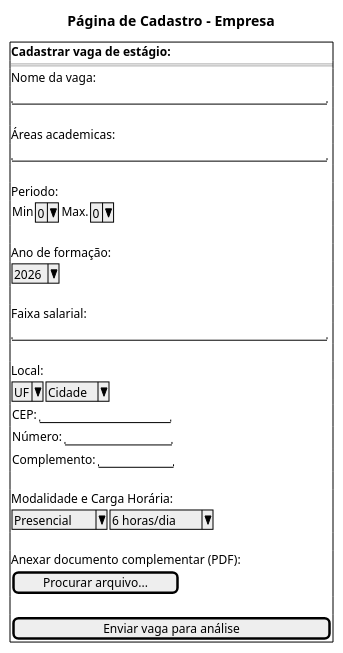
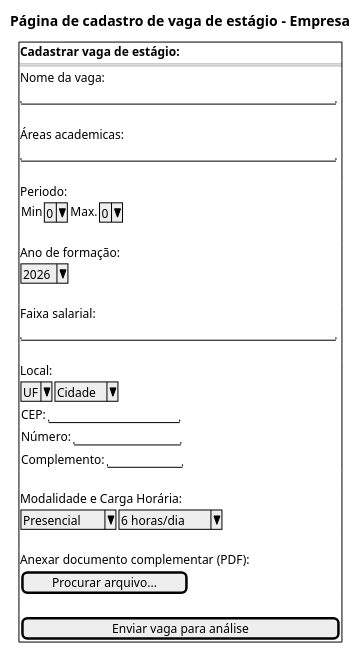
Before and after one commit to Projetos-de-Extensao/PBE_26.1_8002_I: the third of 7 diagrams in docs/Iniciacao/prototipo_baixa_fidelidade.md, drawn with PlantUML. The commit also changed other lines of this file, not shown here.

````diff
--- a/docs/Iniciacao/prototipo_baixa_fidelidade.md
+++ b/docs/Iniciacao/prototipo_baixa_fidelidade.md
@@ -82,40 +80,40 @@
 ```plantuml
 @startsalt
-title Página de Cadastro - Empresa
+title Página de cadastro de vaga de estágio - Empresa
 {
   {+
     **Cadastrar vaga de estágio:**
     ==
     Nome da vaga:
     "                                       "
     .
     Áreas academicas:
     "                                       "
     .
     Periodo:
     {Min | ^0^^ | Max. | ^0^}
     .
     Ano de formação:
     {| ^2026^}
     .
     Faixa salarial:
     "                                       "
     .
     Local:
     {| ^UF^ | ^Cidade^ }
     {CEP: | "                "}
     {Número: | "             "}
     {| Complemento: | "         "}
     .
     Modalidade e Carga Horária:
     { ^Presencial^ | ^6 horas/dia^ }
     .
     Anexar documento complementar (PDF):
     [ Procurar arquivo...]
     .
     [         Enviar vaga para análise      ]
   
   }
 }
 @endsalt
 ```
````
